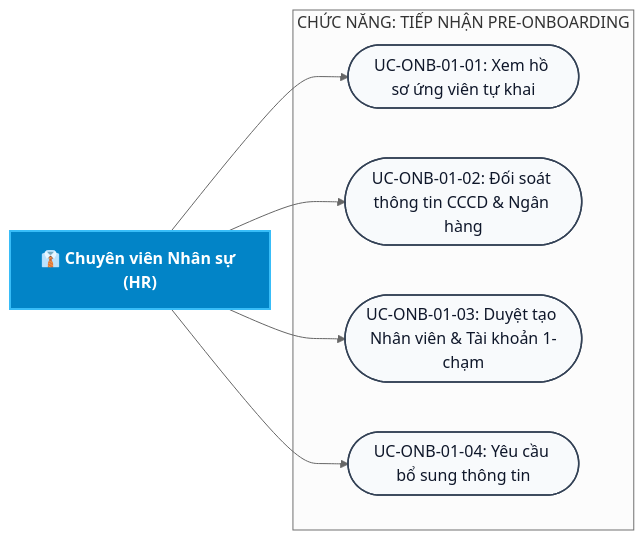
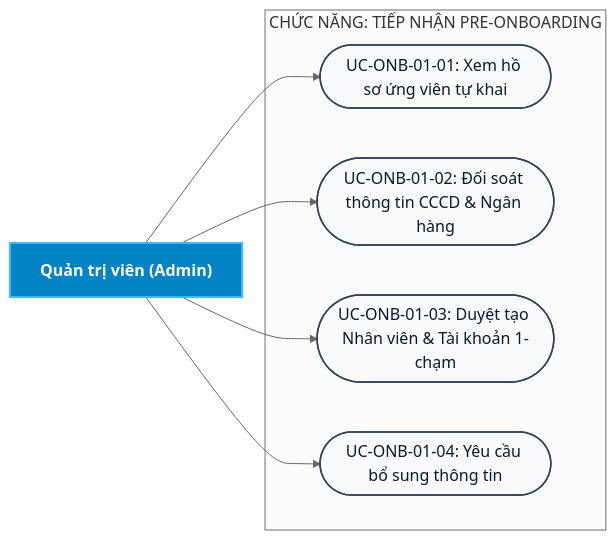
Before and after one commit to aye2710/HRM-DATN: diagram 12 of 46 in docs/Các biểu đồ/So_Do_Use_Case_Tong_Quat_HRM.md, drawn with Mermaid (neutral theme). The commit also changed other lines of this file and 69 other files, not shown here.

First line of the commit message:
feat(ess,auth,docs): isolate portal auth, upgrade employee portal UI & sync diagrams

````diff
--- a/docs/Các biểu đồ/So_Do_Use_Case_Tong_Quat_HRM.md
+++ b/docs/Các biểu đồ/So_Do_Use_Case_Tong_Quat_HRM.md
@@ -687,21 +865,21 @@
 ```mermaid
 flowchart LR
-    ADMIN["👔 Chuyên viên Nhân sự (HR)"]
+    ADMIN["Quản trị viên (Admin)"]
 
     subgraph FUNC_PRE ["CHỨC NĂNG: TIẾP NHẬN PRE-ONBOARDING"]
         UC1(["UC-ONB-01-01: Xem hồ sơ ứng viên tự khai"])
         UC2(["UC-ONB-01-02: Đối soát thông tin CCCD & Ngân hàng"])
         UC3(["UC-ONB-01-03: Duyệt tạo Nhân viên & Tài khoản 1-chạm"])
         UC4(["UC-ONB-01-04: Yêu cầu bổ sung thông tin"])
     end
 
     ADMIN --> UC1
     ADMIN --> UC2
     ADMIN --> UC3
     ADMIN --> UC4
 
     classDef actor fill:#0284c7,stroke:#38bdf8,stroke-width:2px,color:#ffffff,font-weight:bold;
     classDef uc fill:#f8fafc,stroke:#334155,stroke-width:1.5px,color:#0f172a;
     class ADMIN actor;
     class UC1,UC2,UC3,UC4 uc;
 ```
````
